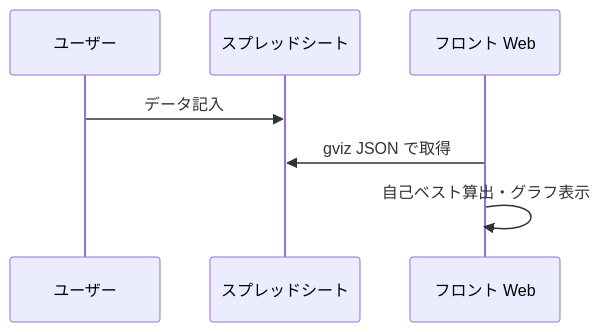
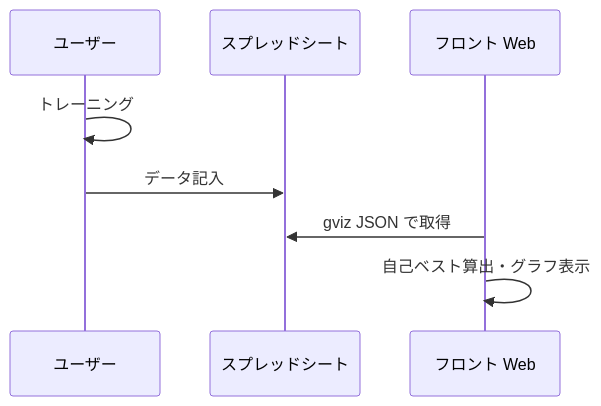
The diagram in README.md (naoiw/big3-record), drawn with Mermaid before and after one commit.

Commit message:
docs : アーキテクチャを更新

````diff
--- a/README.md
+++ b/README.md
@@ -7,9 +7,10 @@
 ```mermaid
 sequenceDiagram
   participant User as ユーザー
   participant Sheet as スプレッドシート
   participant Front as フロント Web
+  User->>User: トレーニング
   User->>Sheet: データ記入
   Front->>Sheet: gviz JSON で取得
   Front->>Front: 自己ベスト算出・グラフ表示
 ```
````
